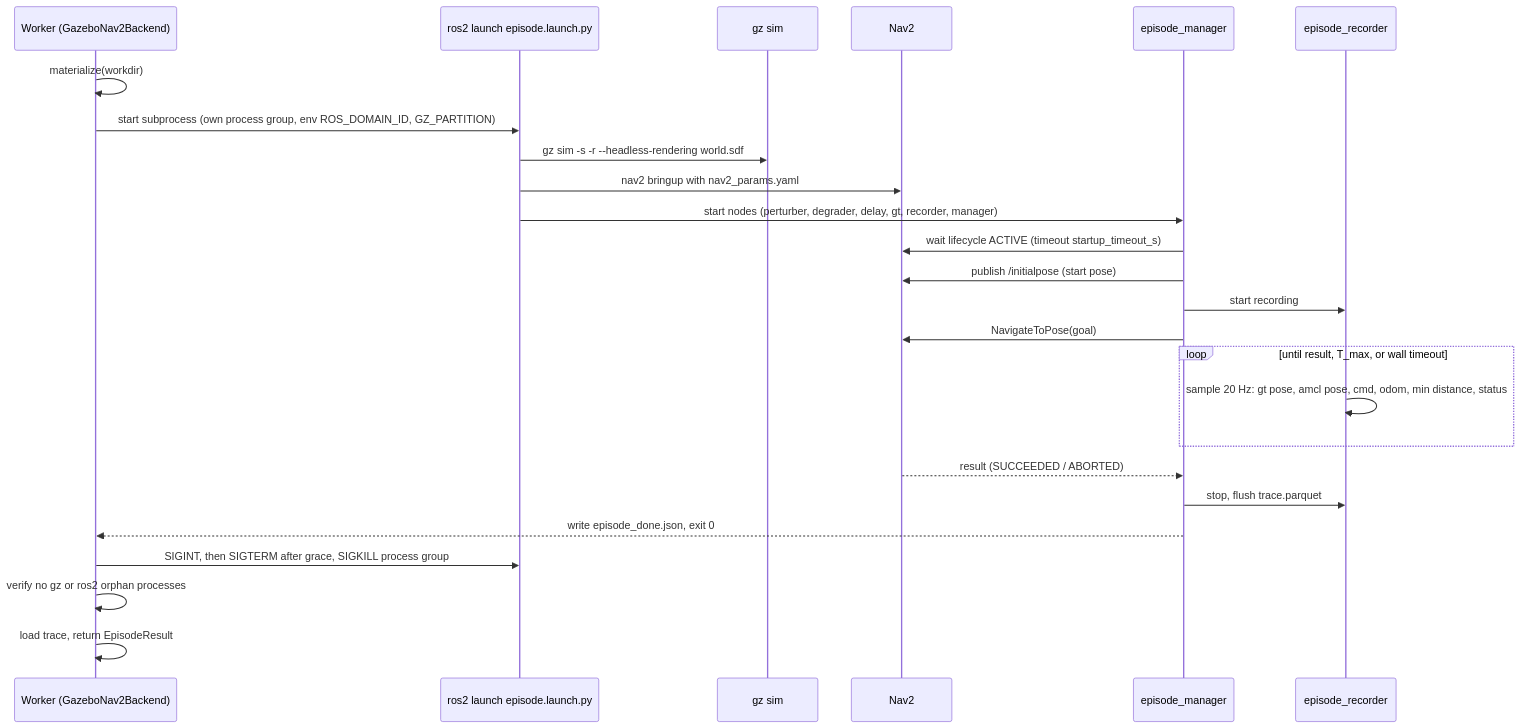
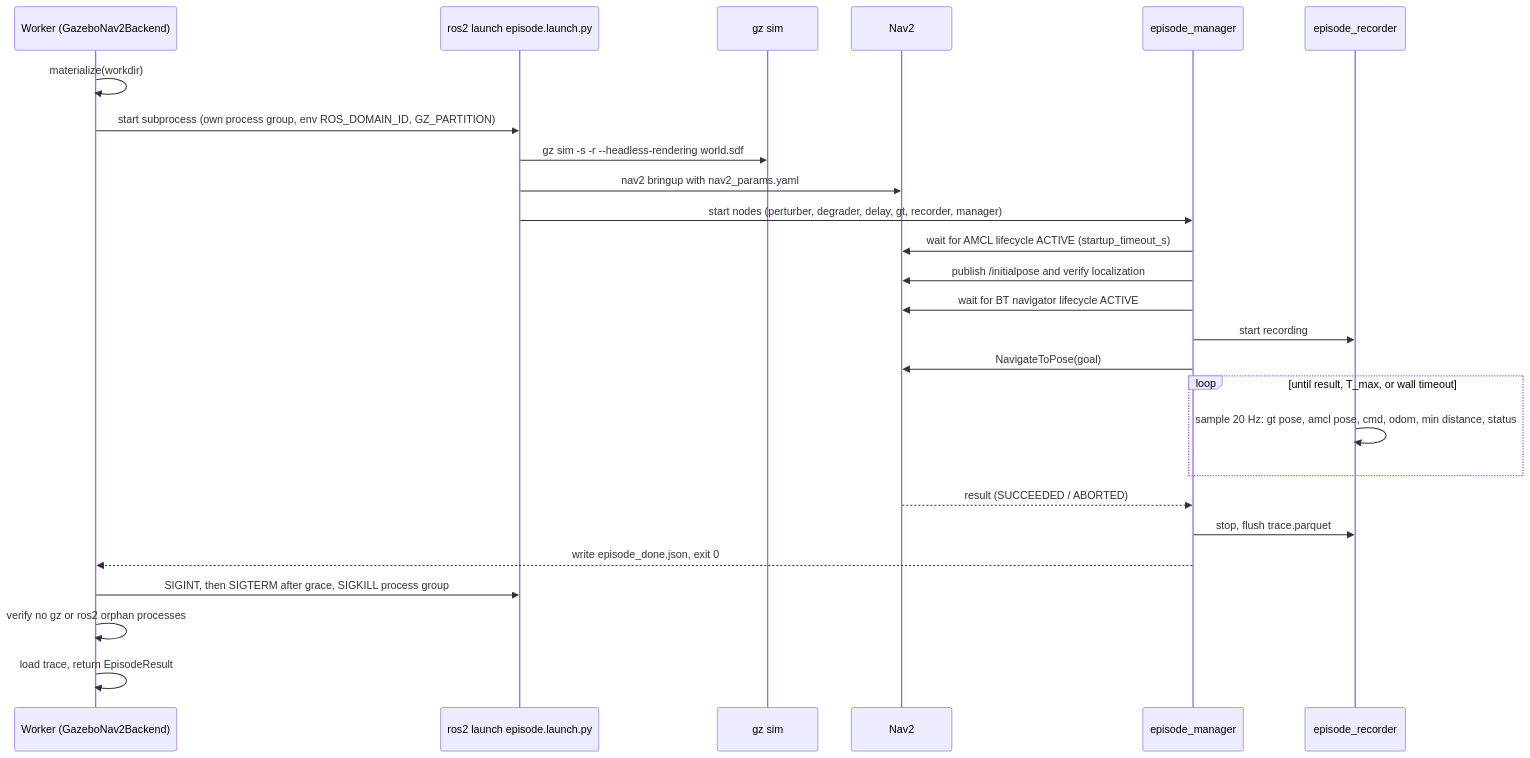
Before and after one commit to CodewithJha/RoboProbe: the second of 2 diagrams in docs/10-simulator-integration.md, drawn with Mermaid. The commit also changed other lines of this file and 3 other files, not shown here.

````diff
--- a/docs/10-simulator-integration.md
+++ b/docs/10-simulator-integration.md
@@ -117,27 +117,28 @@
 ```mermaid
 sequenceDiagram
     participant W as Worker (GazeboNav2Backend)
     participant L as ros2 launch episode.launch.py
     participant G as gz sim
     participant N as Nav2
     participant E as episode_manager
     participant R as episode_recorder
     W->>W: materialize(workdir)
     W->>L: start subprocess (own process group, env ROS_DOMAIN_ID, GZ_PARTITION)
     L->>G: gz sim -s -r --headless-rendering world.sdf
     L->>N: nav2 bringup with nav2_params.yaml
     L->>E: start nodes (perturber, degrader, delay, gt, recorder, manager)
-    E->>N: wait lifecycle ACTIVE (timeout startup_timeout_s)
-    E->>N: publish /initialpose (start pose)
+    E->>N: wait for AMCL lifecycle ACTIVE (startup_timeout_s)
+    E->>N: publish /initialpose and verify localization
+    E->>N: wait for BT navigator lifecycle ACTIVE
     E->>R: start recording
     E->>N: NavigateToPose(goal)
     loop until result, T_max, or wall timeout
         R->>R: sample 20 Hz: gt pose, amcl pose, cmd, odom, min distance, status
     end
     N-->>E: result (SUCCEEDED / ABORTED)
     E->>R: stop, flush trace.parquet
     E-->>W: write episode_done.json, exit 0
     W->>L: SIGINT, then SIGTERM after grace, SIGKILL process group
     W->>W: verify no gz or ros2 orphan processes
     W->>W: load trace, return EpisodeResult
 ```
````
